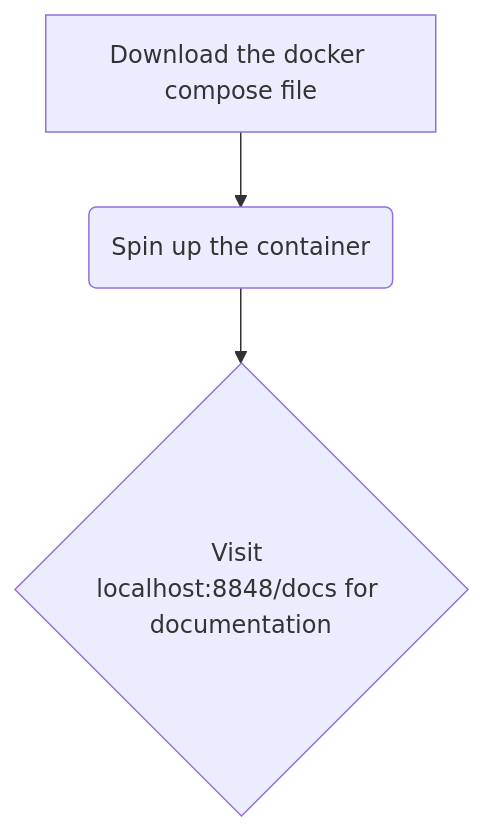
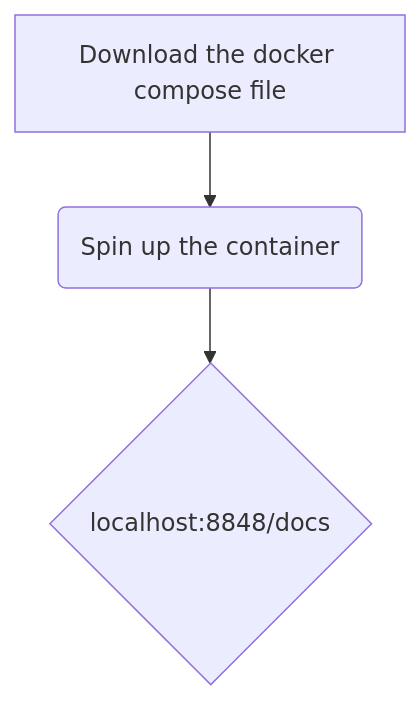
Before and after one commit to Biometix/biometix.github.io: the first of 2 diagrams in playbook/stateless.md, drawn with Mermaid. The commit also changed other lines of this file and 14 other files, not shown here.

````diff
--- a/playbook/stateless.md
+++ b/playbook/stateless.md
@@ -20,7 +20,7 @@
 ``` mermaid
 
 graph TD
   download[Download the docker compose file] --> run(Spin up the container)
-  run --> doc{Visit localhost:8848/docs for documentation}
+  run --> doc{localhost:8848/docs}
 
 ```
````
